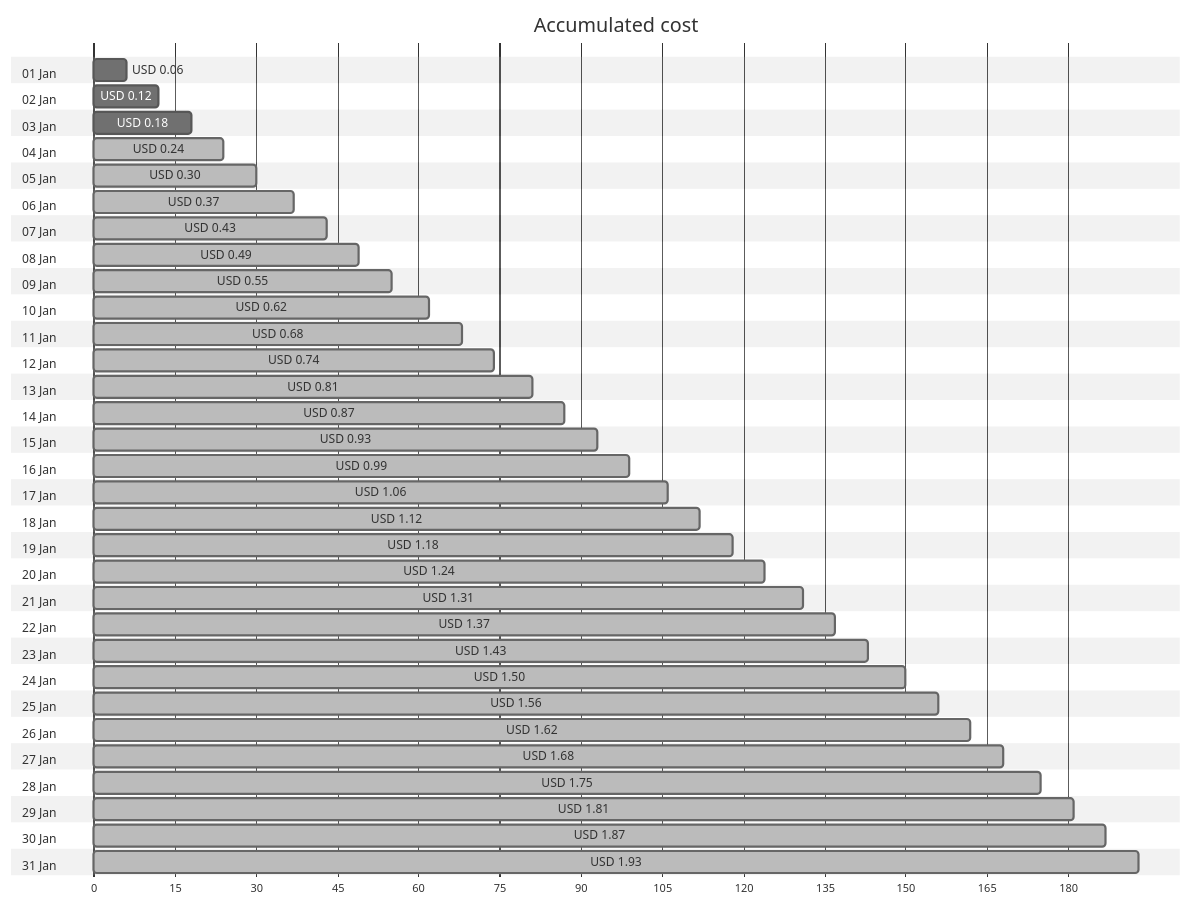
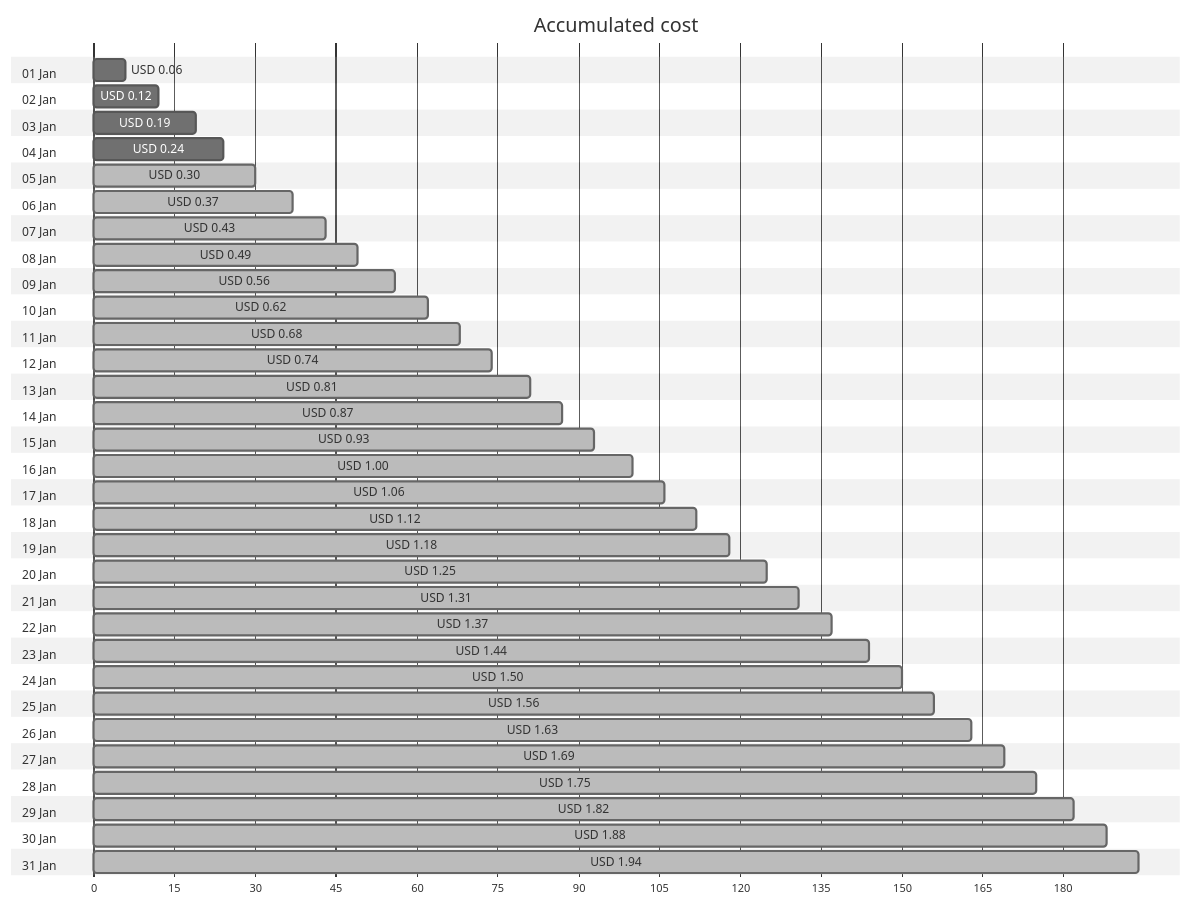
The first of 4 diagrams in cost-reports/personal-network/vpn-server_OsDisk.md (jpfulton/azure-personal-reports), drawn with Mermaid (neutral theme) before and after one commit. The commit also changed other lines of this file and 8 other files, not shown here.

````diff
--- a/cost-reports/personal-network/vpn-server_OsDisk.md
+++ b/cost-reports/personal-network/vpn-server_OsDisk.md
@@ -20,68 +20,68 @@
 ```mermaid
 gantt
    title Accumulated cost
    dateFormat  X
    axisFormat %s
    section 01 Jan
    USD 0.06 :0, 6
    section 02 Jan
    USD 0.12 :0, 12
    section 03 Jan
-   USD 0.18 :0, 18
+   USD 0.19 :0, 19
    section 04 Jan
-   USD 0.24 : done, 0, 24
+   USD 0.24 :0, 24
    section 05 Jan
    USD 0.30 : done, 0, 30
    section 06 Jan
    USD 0.37 : done, 0, 37
    section 07 Jan
    USD 0.43 : done, 0, 43
    section 08 Jan
    USD 0.49 : done, 0, 49
    section 09 Jan
-   USD 0.55 : done, 0, 55
+   USD 0.56 : done, 0, 56
    section 10 Jan
    USD 0.62 : done, 0, 62
    section 11 Jan
    USD 0.68 : done, 0, 68
    section 12 Jan
    USD 0.74 : done, 0, 74
    section 13 Jan
    USD 0.81 : done, 0, 81
    section 14 Jan
    USD 0.87 : done, 0, 87
    section 15 Jan
    USD 0.93 : done, 0, 93
    section 16 Jan
-   USD 0.99 : done, 0, 99
+   USD 1.00 : done, 0, 100
    section 17 Jan
    USD 1.06 : done, 0, 106
    section 18 Jan
    USD 1.12 : done, 0, 112
    section 19 Jan
    USD 1.18 : done, 0, 118
    section 20 Jan
-   USD 1.24 : done, 0, 124
+   USD 1.25 : done, 0, 125
    section 21 Jan
    USD 1.31 : done, 0, 131
    section 22 Jan
    USD 1.37 : done, 0, 137
    section 23 Jan
-   USD 1.43 : done, 0, 143
+   USD 1.44 : done, 0, 144
    section 24 Jan
    USD 1.50 : done, 0, 150
    section 25 Jan
    USD 1.56 : done, 0, 156
    section 26 Jan
-   USD 1.62 : done, 0, 162
+   USD 1.63 : done, 0, 163
    section 27 Jan
-   USD 1.68 : done, 0, 168
+   USD 1.69 : done, 0, 169
    section 28 Jan
    USD 1.75 : done, 0, 175
    section 29 Jan
-   USD 1.81 : done, 0, 181
+   USD 1.82 : done, 0, 182
    section 30 Jan
-   USD 1.87 : done, 0, 187
+   USD 1.88 : done, 0, 188
    section 31 Jan
-   USD 1.93 : done, 0, 193
+   USD 1.94 : done, 0, 194
 ```
````
